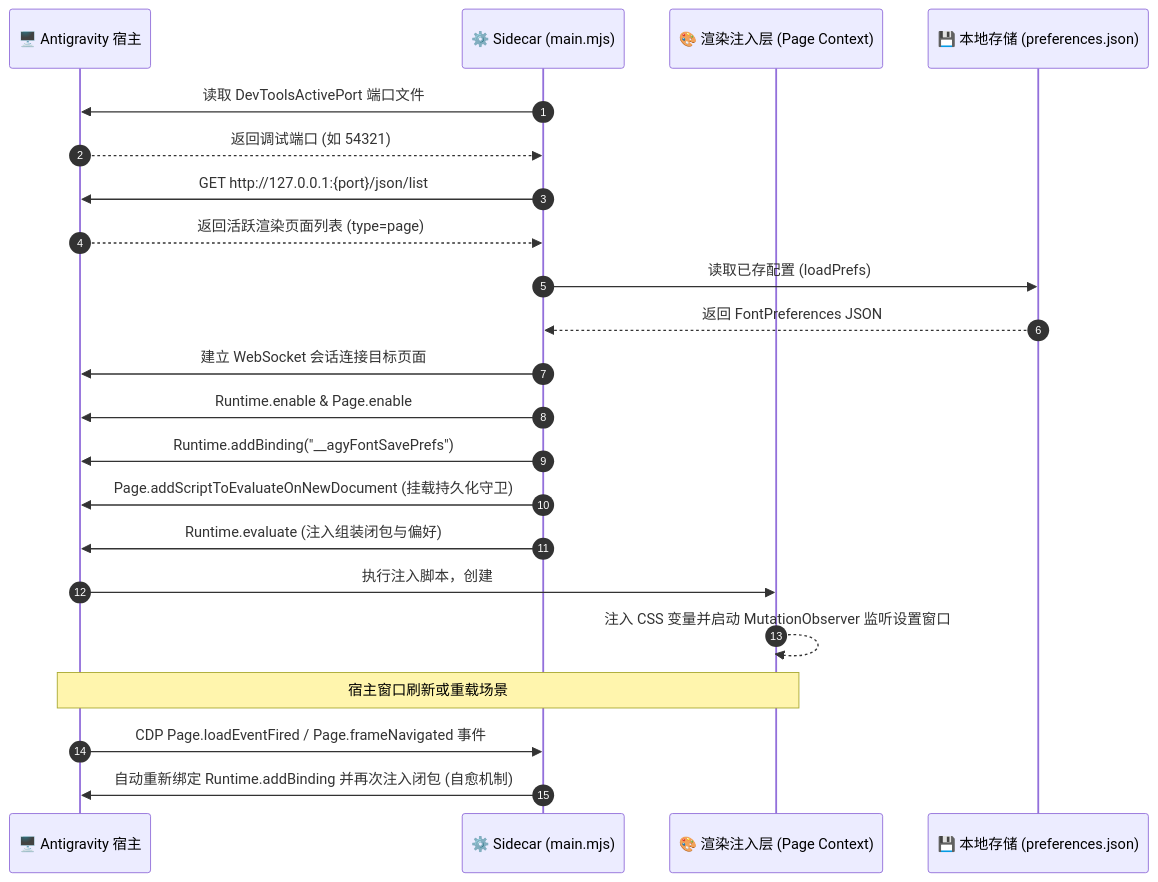
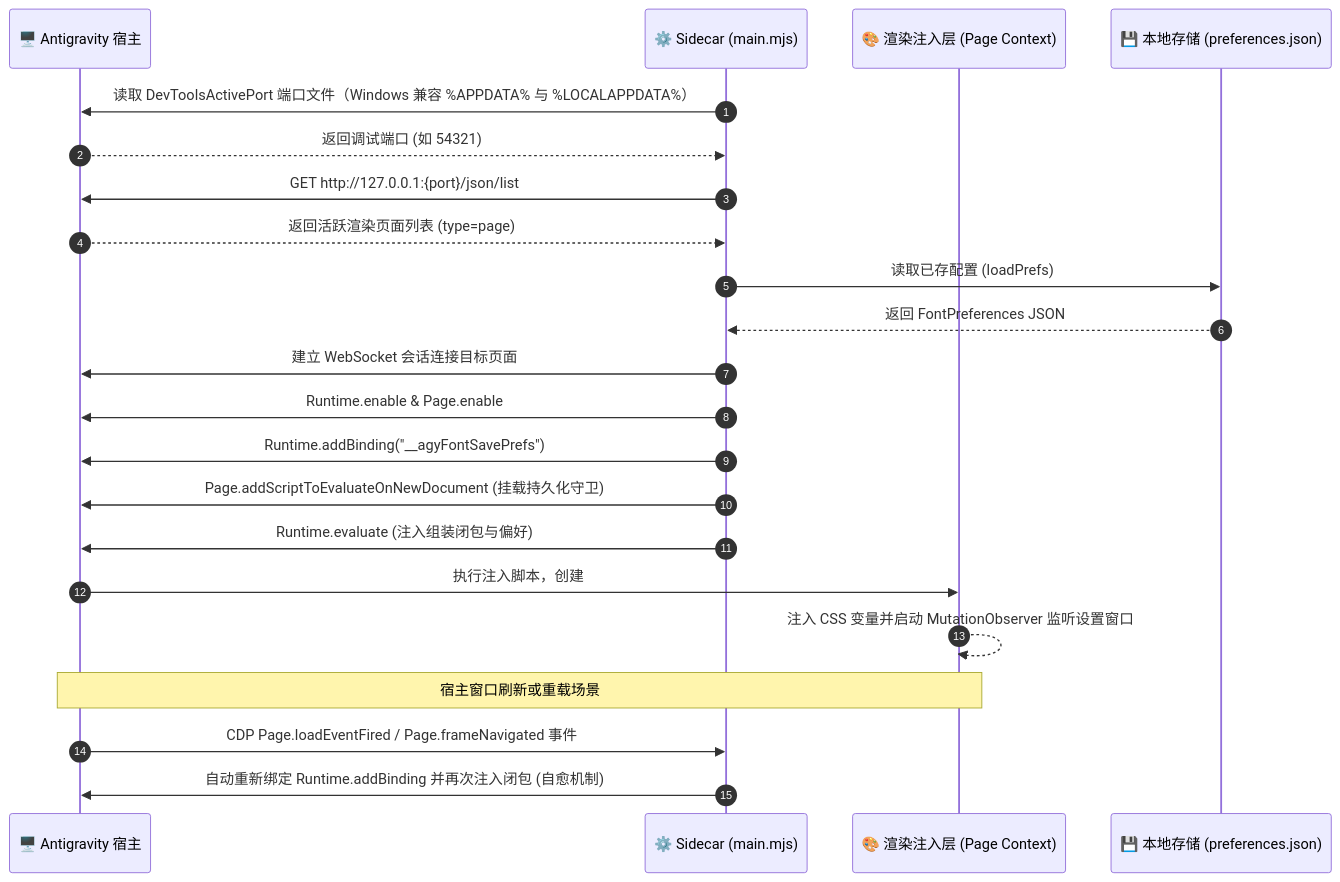
One commit to moumouye/Antigravity-font-settings changed the second of 2 diagrams in docs/contracts.md. Above: the diagram before and after it, drawn with Mermaid. The commit also changed 14 other files, not shown here.

````diff
--- a/docs/contracts.md
+++ b/docs/contracts.md
@@ -35,26 +35,26 @@
 ```mermaid
 sequenceDiagram
     autonumber
     participant Host as 🖥️ Antigravity 宿主
     participant Engine as ⚙️ Sidecar (main.mjs)
     participant Client as 🎨 渲染注入层 (Page Context)
     participant Storage as 💾 本地存储 (preferences.json)
 
-    Engine->>Host: 读取 DevToolsActivePort 端口文件
+    Engine->>Host: 读取 DevToolsActivePort 端口文件（Windows 兼容 %APPDATA% 与 %LOCALAPPDATA%）
     Host-->>Engine: 返回调试端口 (如 54321)
     Engine->>Host: GET http://127.0.0.1:{port}/json/list
     Host-->>Engine: 返回活跃渲染页面列表 (type=page)
     Engine->>Storage: 读取已存配置 (loadPrefs)
     Storage-->>Engine: 返回 FontPreferences JSON
     Engine->>Host: 建立 WebSocket 会话连接目标页面
     Engine->>Host: Runtime.enable & Page.enable
     Engine->>Host: Runtime.addBinding("__agyFontSavePrefs")
     Engine->>Host: Page.addScriptToEvaluateOnNewDocument (挂载持久化守卫)
     Engine->>Host: Runtime.evaluate (注入组装闭包与偏好)
     Host->>Client: 执行注入脚本，创建 #agy-font-settings-style
     Client-->>Client: 注入 CSS 变量并启动 MutationObserver 监听设置窗口
 
     Note over Host, Client: 宿主窗口刷新或重载场景
     Host->>Engine: CDP Page.loadEventFired / Page.frameNavigated 事件
     Engine->>Host: 自动重新绑定 Runtime.addBinding 并再次注入闭包 (自愈机制)
 ```
````
